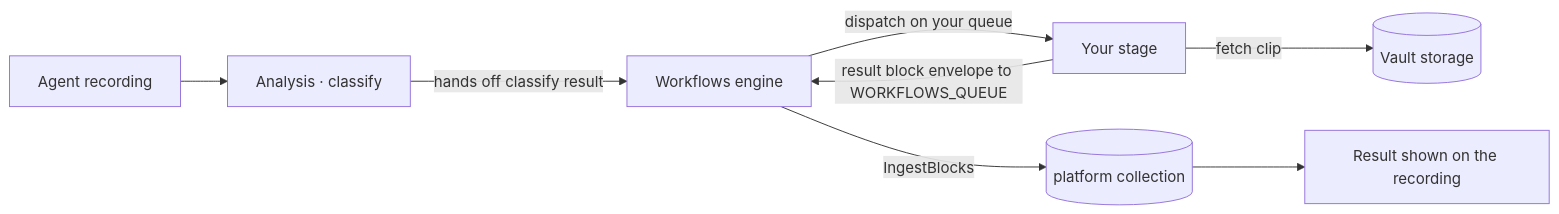
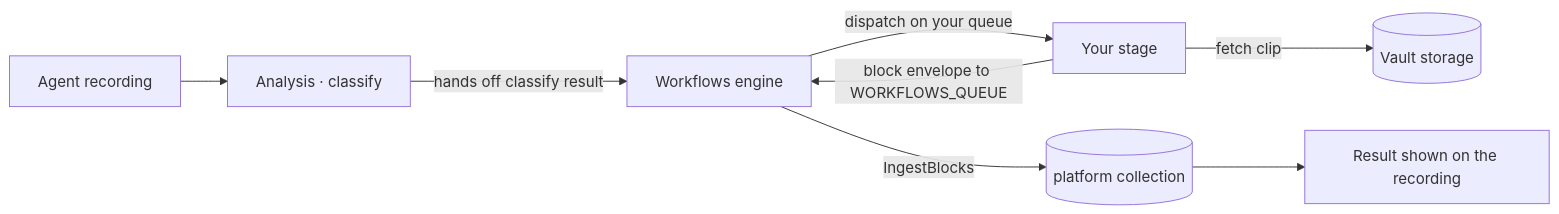
The diagram in app/content/tutorials/hub/custom-workflow-stage/index.md (uug-ai/learn), drawn with Mermaid before and after one commit. The commit also changed other lines of this file and 4 other files, not shown here.

````diff
--- a/app/content/tutorials/hub/custom-workflow-stage/index.md
+++ b/app/content/tutorials/hub/custom-workflow-stage/index.md
@@ -120,10 +120,10 @@
 ```mermaid
 flowchart LR
     A[Agent recording] --> B[Analysis · classify]
     B -->|hands off classify result| C[Workflows engine]
     C -->|dispatch on your queue| D[Your stage]
     D -->|fetch clip| E[(Vault storage)]
-    D -->|result block envelope to WORKFLOWS_QUEUE| C
+    D -->|block envelope to WORKFLOWS_QUEUE| C
     C -->|IngestBlocks| F[(platform collection)]
     F --> G[Result shown on the recording]
 ```
````
